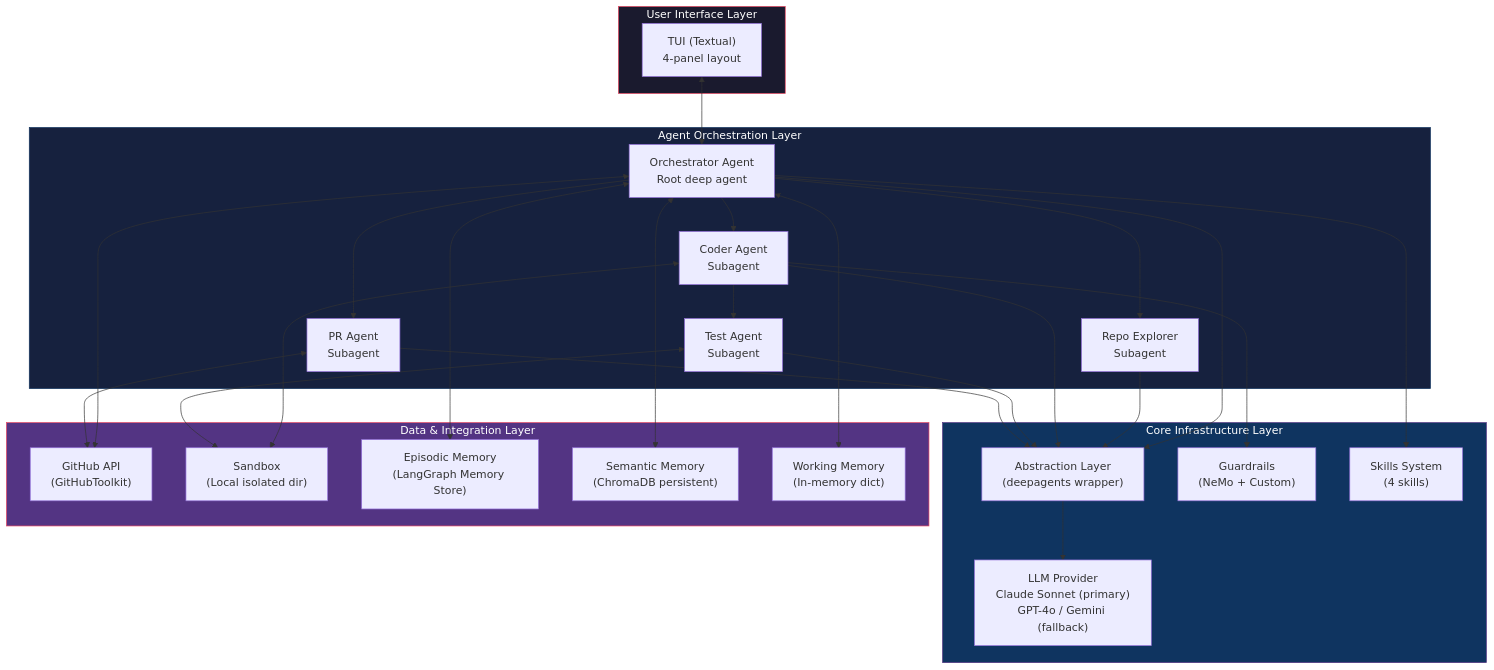
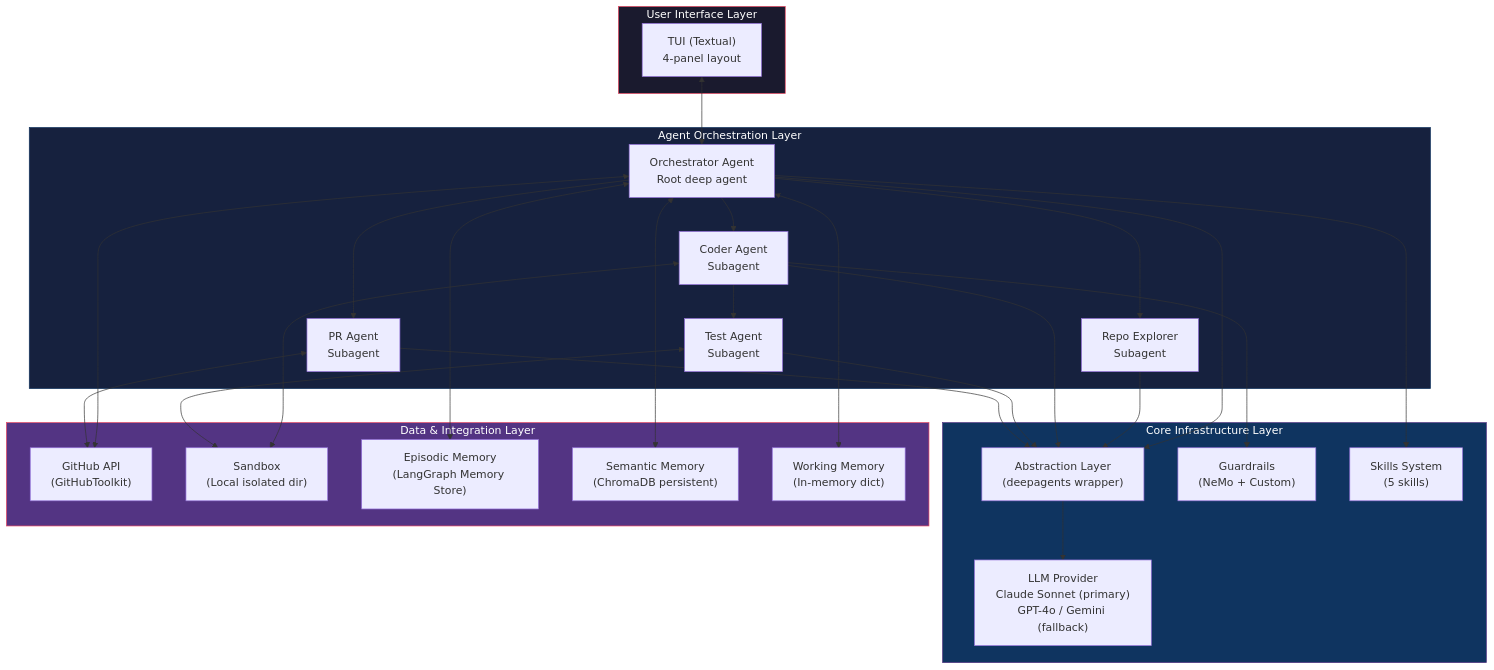
The first of 16 diagrams in docs/architecture.md (saurabhkaushik120692/codepilot-agent), drawn with Mermaid before and after one commit. The commit also changed other lines of this file and 8 other files, not shown here.

````diff
--- a/docs/architecture.md
+++ b/docs/architecture.md
@@ -78,55 +78,55 @@
 ```mermaid
 graph TD
     subgraph User_Layer["User Interface Layer"]
         TUI["TUI (Textual)<br/>4-panel layout"]
     end
 
     subgraph Agent_Layer["Agent Orchestration Layer"]
         ORC["Orchestrator Agent<br/>Root deep agent"]
         RE["Repo Explorer<br/>Subagent"]
         COD["Coder Agent<br/>Subagent"]
         TST["Test Agent<br/>Subagent"]
         PRA["PR Agent<br/>Subagent"]
     end
 
     subgraph Core_Layer["Core Infrastructure Layer"]
         ABS["Abstraction Layer<br/>(deepagents wrapper)"]
         LLM["LLM Provider<br/>Claude Sonnet (primary)<br/>GPT-4o / Gemini (fallback)"]
         GR["Guardrails<br/>(NeMo + Custom)"]
-        SKL["Skills System<br/>(4 skills)"]
+        SKL["Skills System<br/>(5 skills)"]
     end
 
     subgraph Data_Layer["Data & Integration Layer"]
         GH["GitHub API<br/>(GitHubToolkit)"]
         SB["Sandbox<br/>(Local isolated dir)"]
         MEM_E["Episodic Memory<br/>(LangGraph Memory Store)"]
         MEM_S["Semantic Memory<br/>(ChromaDB persistent)"]
         MEM_W["Working Memory<br/>(In-memory dict)"]
     end
 
     TUI <--> ORC
     ORC --> RE
     ORC --> COD
     COD --> TST
     ORC --> PRA
     ORC <--> GH
     PRA <--> GH
     COD <--> SB
     TST <--> SB
     ORC <--> MEM_E
     ORC <--> MEM_S
     ORC <--> MEM_W
     ORC --> SKL
     COD --> GR
     ORC --> ABS
     RE --> ABS
     COD --> ABS
     TST --> ABS
     PRA --> ABS
     ABS --> LLM
 
     style User_Layer fill:#1a1a2e,stroke:#e94560,color:#fff
     style Agent_Layer fill:#16213e,stroke:#0f3460,color:#fff
     style Core_Layer fill:#0f3460,stroke:#533483,color:#fff
     style Data_Layer fill:#533483,stroke:#e94560,color:#fff
 ```
````
